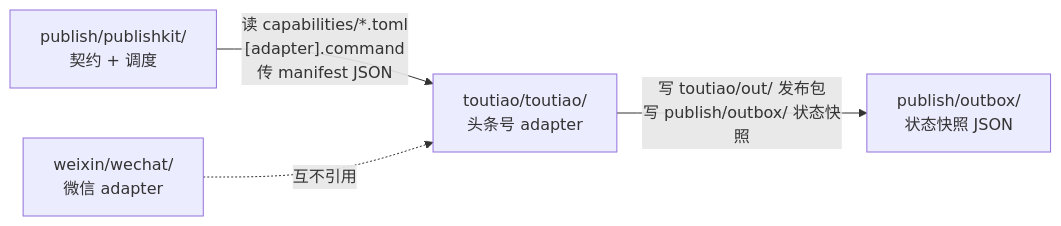
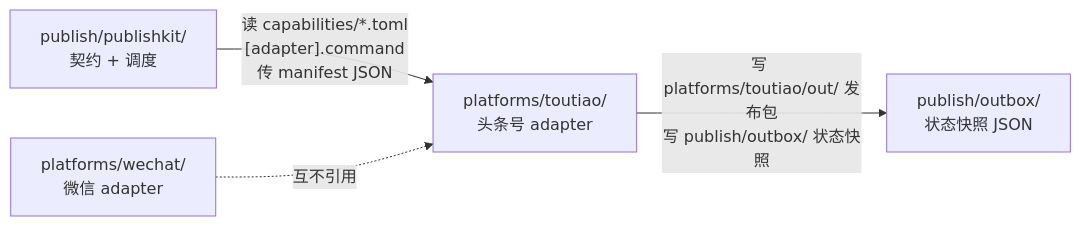
The diagram in publish/spec/00-架构设计.md (growdu/aiv), drawn with Mermaid before and after one commit. The commit also changed other lines of this file and 280 other files, not shown here.

````diff
--- a/publish/spec/00-架构设计.md
+++ b/publish/spec/00-架构设计.md
@@ -682,6 +681,6 @@
 ```mermaid
 flowchart LR
-  P["publish/publishkit/<br/>契约 + 调度"] -->|"读 capabilities/*.toml<br/>[adapter].command<br/>传 manifest JSON"| T["toutiao/toutiao/<br/>头条号 adapter"]
-  T -->|"写 toutiao/out/ 发布包<br/>写 publish/outbox/ 状态快照"| O["publish/outbox/<br/>状态快照 JSON"]
-  W["weixin/wechat/<br/>微信 adapter"] -.->|"互不引用"| T
+  P["publish/publishkit/<br/>契约 + 调度"] -->|"读 capabilities/*.toml<br/>[adapter].command<br/>传 manifest JSON"| T["platforms/toutiao/<br/>头条号 adapter"]
+  T -->|"写 platforms/toutiao/out/ 发布包<br/>写 publish/outbox/ 状态快照"| O["publish/outbox/<br/>状态快照 JSON"]
+  W["platforms/wechat/<br/>微信 adapter"] -.->|"互不引用"| T
 ```
````
